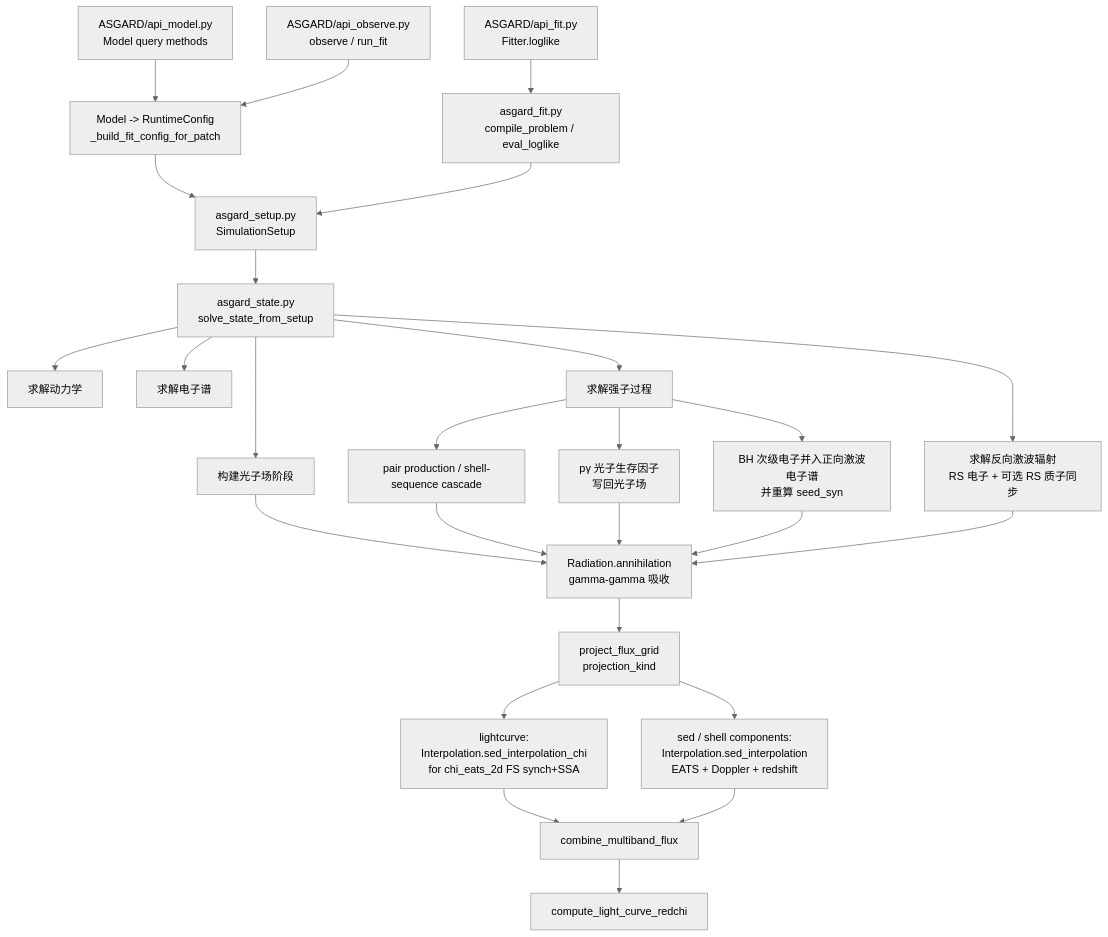
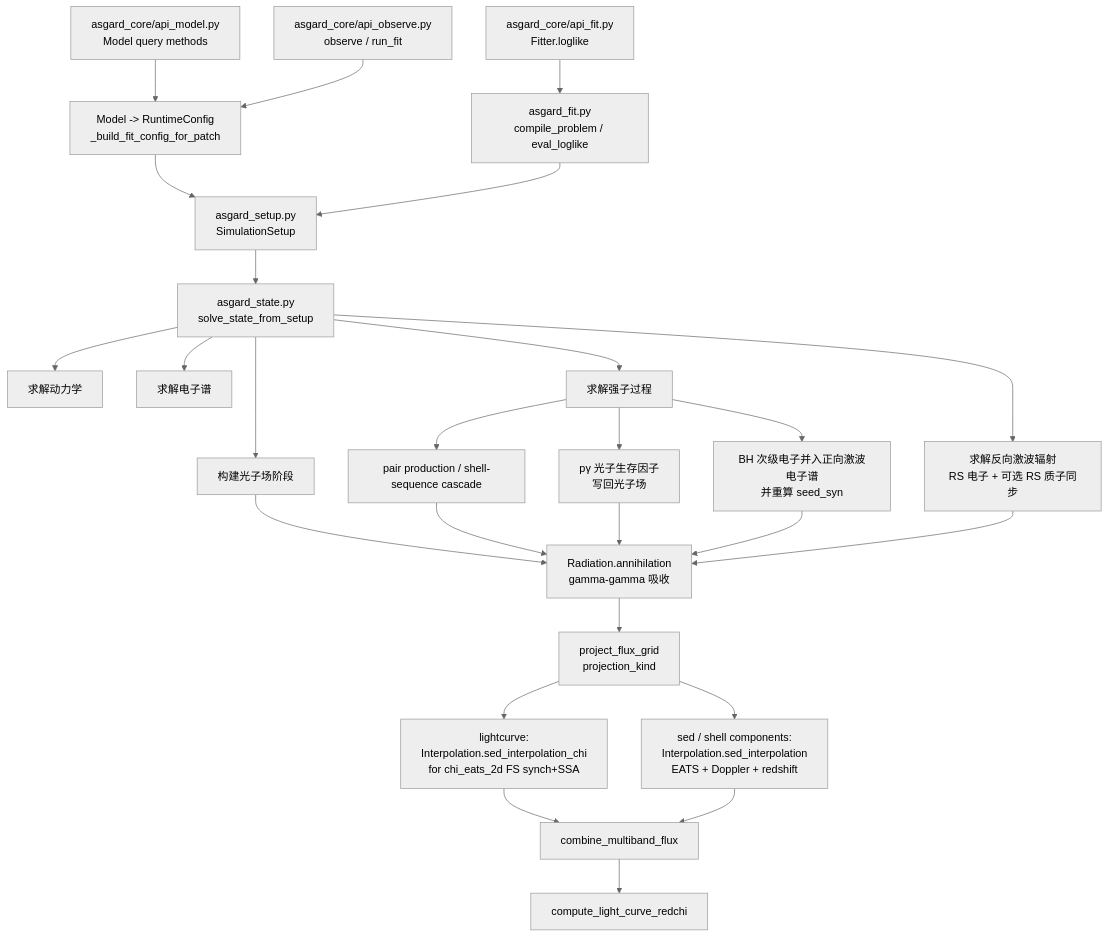
One commit to mikuru1096/ASGARD_GRBAfterglow changed the first of 2 diagrams in doc/call_chain.md. Above: the diagram before and after it, drawn with Mermaid (neutral theme). The commit also changed 88 other files, not shown here.

Commit message:
Refactor Python API into asgard_core

````diff
--- a/doc/call_chain.md
+++ b/doc/call_chain.md
@@ -5,28 +5,28 @@
 ```mermaid
 flowchart TD
-    A["ASGARD/api_model.py\nModel query methods"] --> B["Model -> RuntimeConfig\n_build_fit_config_for_patch"]
-    X["ASGARD/api_observe.py\nobserve / run_fit"] --> B
-    Y["ASGARD/api_fit.py\nFitter.loglike"] --> C["asgard_fit.py\ncompile_problem / eval_loglike"]
+    A["asgard_core/api_model.py\nModel query methods"] --> B["Model -> RuntimeConfig\n_build_fit_config_for_patch"]
+    X["asgard_core/api_observe.py\nobserve / run_fit"] --> B
+    Y["asgard_core/api_fit.py\nFitter.loglike"] --> C["asgard_fit.py\ncompile_problem / eval_loglike"]
     B --> S["asgard_setup.py\nSimulationSetup"]
     C --> S
     S --> D["asgard_state.py\nsolve_state_from_setup"]
     D --> E["求解动力学"]
     D --> F["求解电子谱"]
     D --> G["求解反向激波辐射\nRS 电子 + 可选 RS 质子同步"]
     D --> H["构建光子场阶段"]
     D --> I["求解强子过程"]
     I --> J["BH 次级电子并入正向激波电子谱\n并重算 seed_syn"]
     I --> K["pγ 光子生存因子\n写回光子场"]
     I --> Q["pair production / shell-sequence cascade"]
     H --> L["Radiation.annihilation\ngamma-gamma 吸收"]
     Q --> L
     K --> L
     J --> L
     G --> L
     L --> M["project_flux_grid\nprojection_kind"]
     M --> N["lightcurve:\nInterpolation.sed_interpolation_chi\nfor chi_eats_2d FS synch+SSA"]
     M --> R["sed / shell components:\nInterpolation.sed_interpolation\nEATS + Doppler + redshift"]
     N --> O["combine_multiband_flux"]
     R --> O
     O --> P["compute_light_curve_redchi"]
 ```
````
